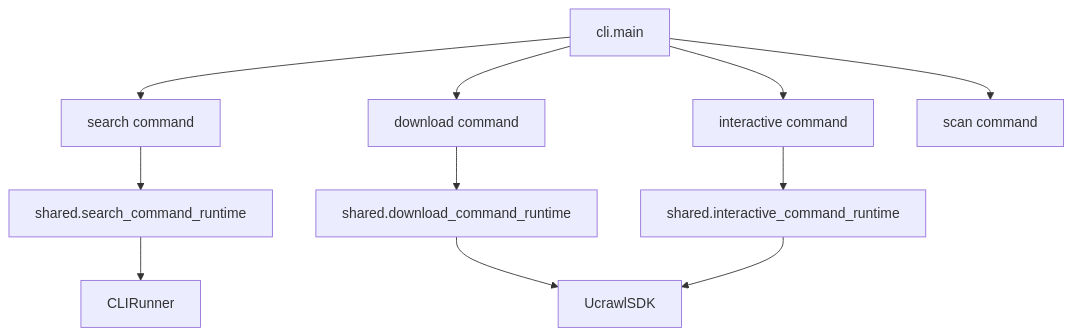
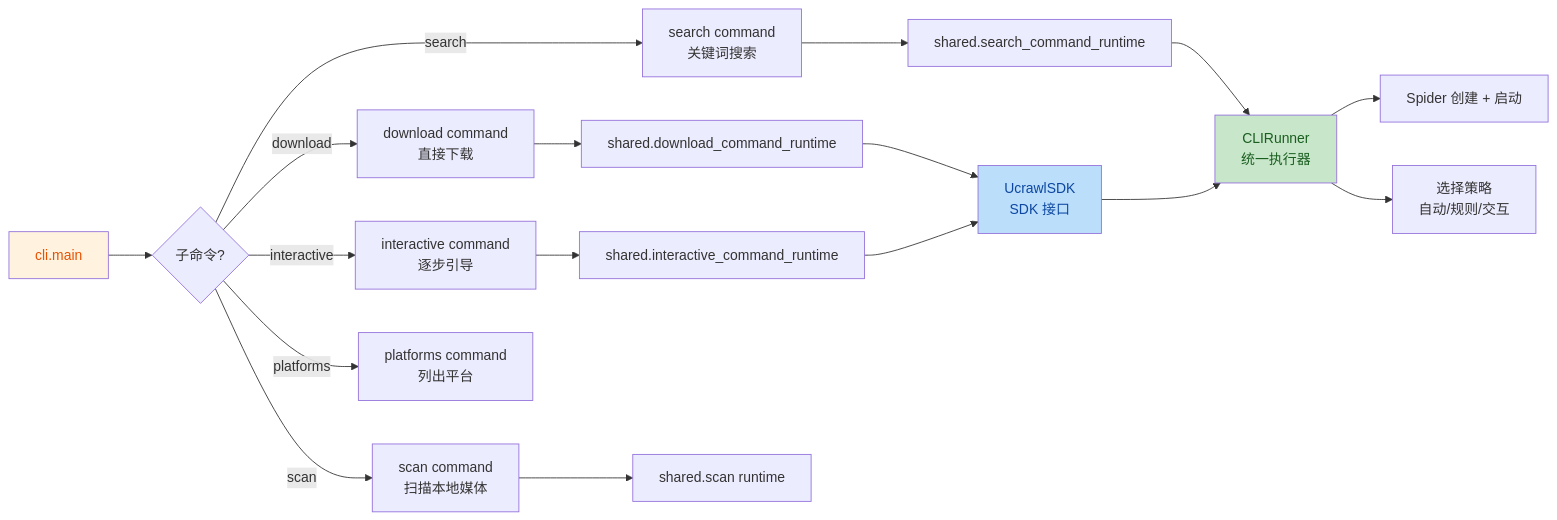
The second of 5 diagrams in mermaid/07-cli-sdk-runtime.md (haohaizi554/UniversalCrawler), drawn with Mermaid before and after one commit. The commit also changed other lines of this file and 78 other files, not shown here.

Commit message:
Sync local workspace: packaging adaptation, frontend hardening, and architecture review.

````diff
--- a/mermaid/07-cli-sdk-runtime.md
+++ b/mermaid/07-cli-sdk-runtime.md
@@ -30,13 +81,27 @@
 ```mermaid
-flowchart TB
-    Main[cli.main] --> Search[search command]
-    Main --> Download[download command]
-    Main --> Interactive[interactive command]
-    Main --> Scan[scan command]
-    Search --> SearchRt[shared.search_command_runtime]
-    Download --> DownloadRt[shared.download_command_runtime]
-    Interactive --> InteractiveRt[shared.interactive_command_runtime]
-    SearchRt --> Runner[CLIRunner]
-    DownloadRt --> SDKRt[UcrawlSDK]
+flowchart LR
+    Main["cli.main"] --> Sub{"子命令?"}
+    
+    Sub -->|search| Search["search command<br/>关键词搜索"]
+    Sub -->|download| Download["download command<br/>直接下载"]
+    Sub -->|interactive| Interactive["interactive command<br/>逐步引导"]
+    Sub -->|scan| Scan["scan command<br/>扫描本地媒体"]
+    Sub -->|platforms| Platforms["platforms command<br/>列出平台"]
+    
+    Search --> SearchRt["shared.search_command_runtime"]
+    Download --> DownloadRt["shared.download_command_runtime"]
+    Interactive --> InteractiveRt["shared.interactive_command_runtime"]
+    Scan --> ScanRt["shared.scan runtime"]
+    
+    SearchRt --> Runner["CLIRunner<br/>统一执行器"]
+    DownloadRt --> SDKRt["UcrawlSDK<br/>SDK 接口"]
     InteractiveRt --> SDKRt
+    SDKRt --> Runner
+    
+    Runner --> Spider["Spider 创建 + 启动"]
+    Runner --> Selection["选择策略<br/>自动/规则/交互"]
+
+    style Main fill:#fff3e0,color:#e65100
+    style Runner fill:#c8e6c9,color:#1a5e20
+    style SDKRt fill:#bbdefb,color:#0d47a1
 ```
````
